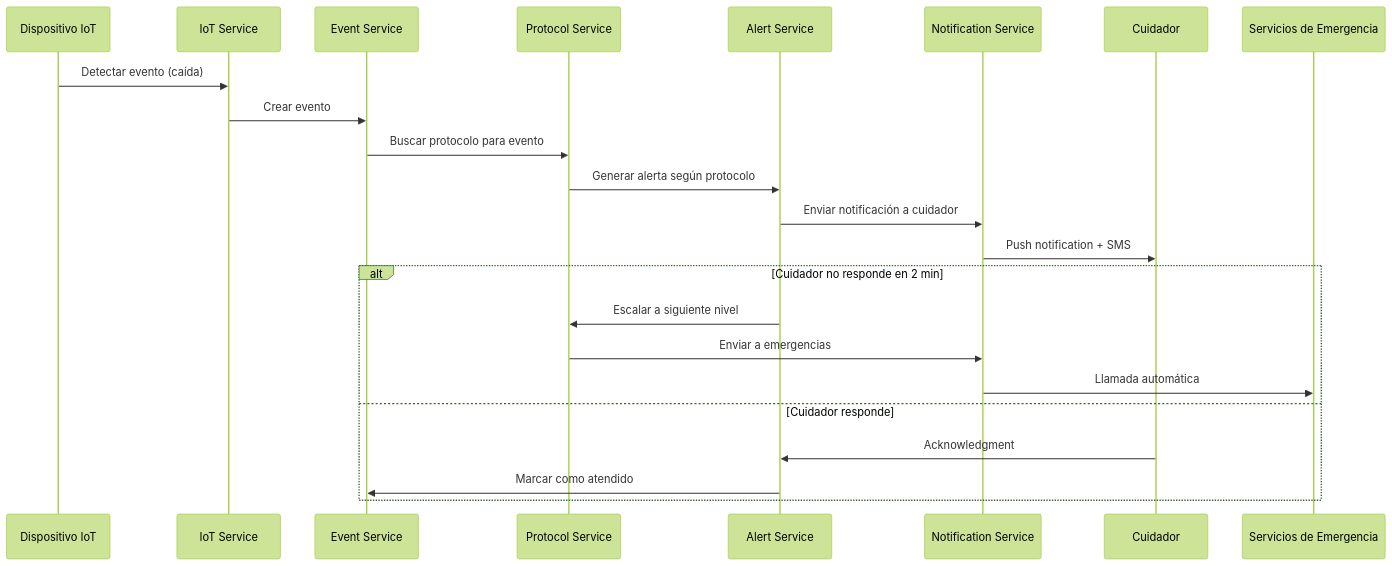
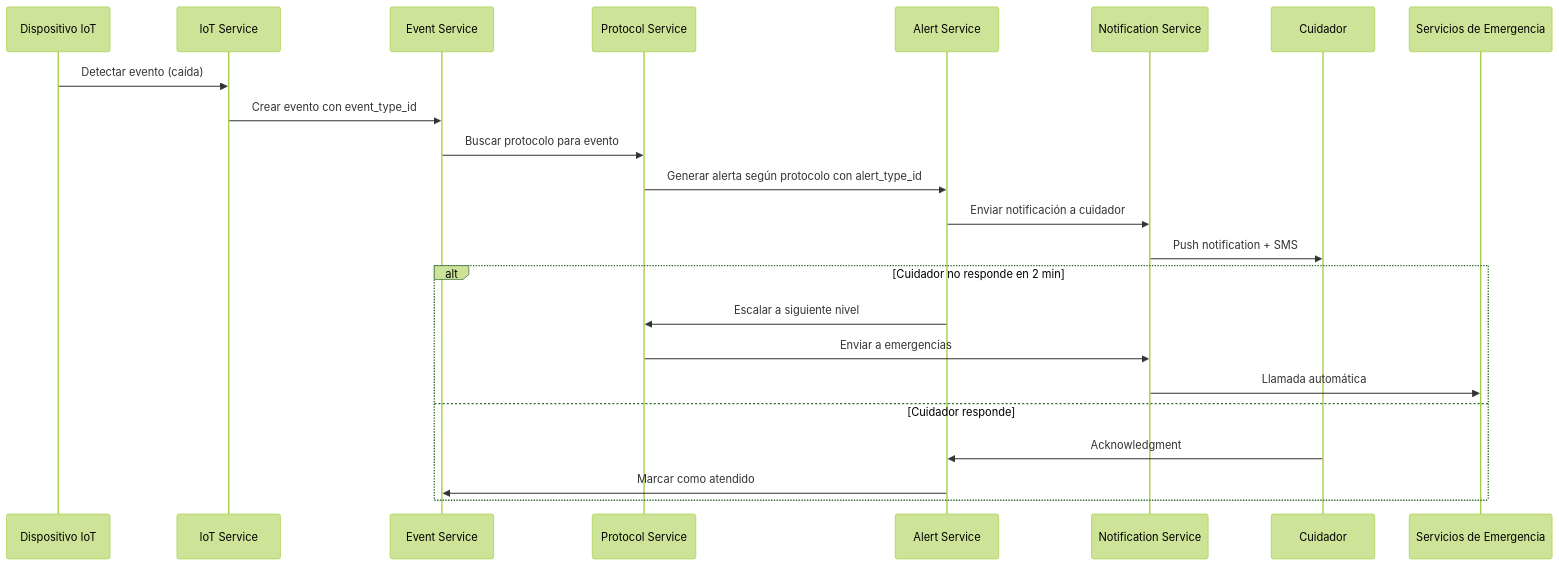
The fourth of 7 diagrams in docs/tecnicos/UML.md (resourceldg/cuiot), drawn with Mermaid (forest theme) before and after one commit. The commit also changed other lines of this file and 221 other files, not shown here.

````diff
--- a/docs/tecnicos/UML.md
+++ b/docs/tecnicos/UML.md
@@ -426,27 +1003,27 @@
 ```mermaid
 sequenceDiagram
     participant Device as Dispositivo IoT
     participant IOT as IoT Service
     participant Event as Event Service
     participant Protocol as Protocol Service
     participant Alert as Alert Service
     participant Notification as Notification Service
     participant Caregiver as Cuidador
     participant Emergency as Servicios de Emergencia
 
     Device->>IOT: Detectar evento (caída)
-    IOT->>Event: Crear evento
+    IOT->>Event: Crear evento con event_type_id
     Event->>Protocol: Buscar protocolo para evento
-    Protocol->>Alert: Generar alerta según protocolo
+    Protocol->>Alert: Generar alerta según protocolo con alert_type_id
     Alert->>Notification: Enviar notificación a cuidador
     Notification->>Caregiver: Push notification + SMS
     
     alt Cuidador no responde en 2 min
         Alert->>Protocol: Escalar a siguiente nivel
         Protocol->>Notification: Enviar a emergencias
         Notification->>Emergency: Llamada automática
     else Cuidador responde
         Caregiver->>Alert: Acknowledgment
         Alert->>Event: Marcar como atendido
     end
 ```
````
